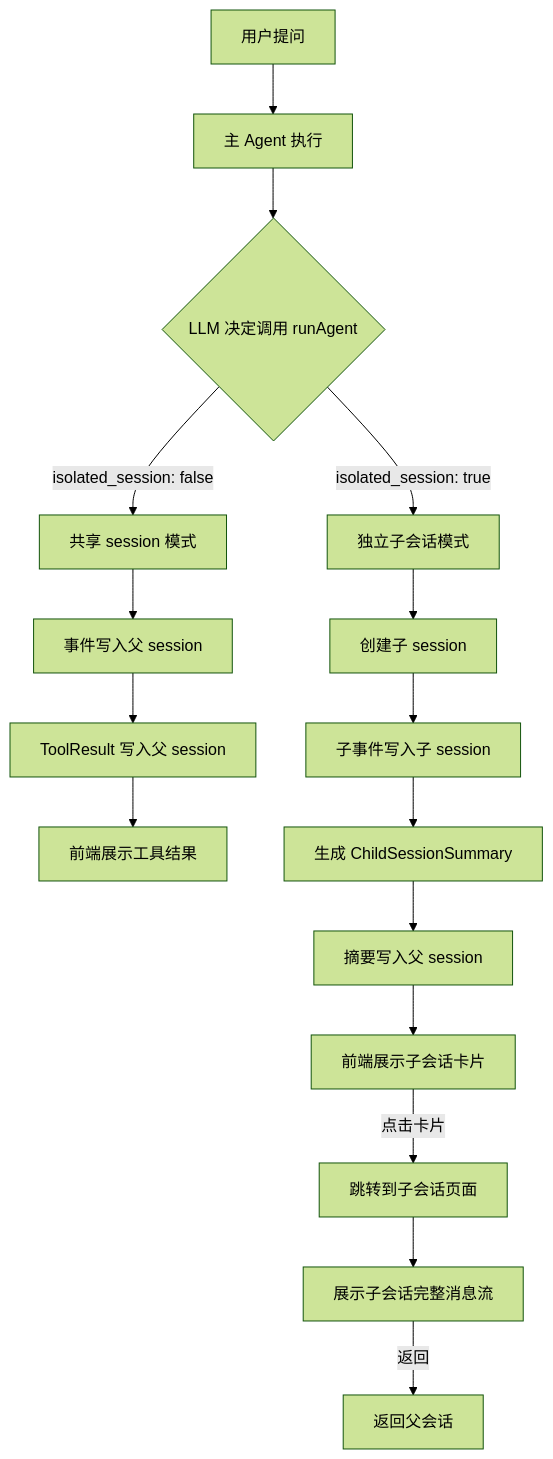
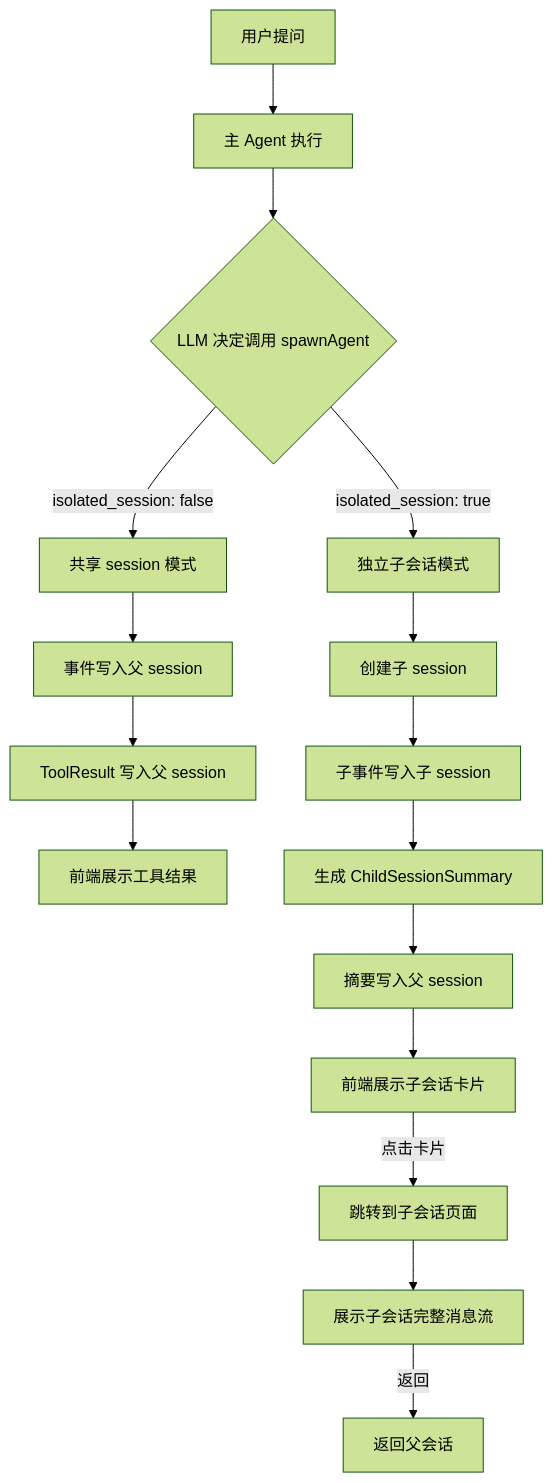
Before and after one commit to whatevertogo/Astrcode: the diagram in docs/plan/hybrid-sub-session-design.md, drawn with Mermaid (forest theme). The commit also changed other lines of this file and 43 other files, not shown here.

First line of the commit message:
✨ feat(subrun): 统一 spawnAgent 接口并注入动态子代理索引

````diff
--- a/docs/plan/hybrid-sub-session-design.md
+++ b/docs/plan/hybrid-sub-session-design.md
@@ -556,21 +566,21 @@
 ```mermaid
 graph TD
     User[用户提问] --> Agent[主 Agent 执行]
-    Agent --> LLM{LLM 决定调用 runAgent}
+    Agent --> LLM{LLM 决定调用 spawnAgent}
     LLM -->|isolated_session: false| Shared[共享 session 模式]
     LLM -->|isolated_session: true| Isolated[独立子会话模式]
     
     Shared --> Events1[事件写入父 session]
     Events1 --> Result1[ToolResult 写入父 session]
     Result1 --> UI1[前端展示工具结果]
     
     Isolated --> CreateSession[创建子 session]
     CreateSession --> ChildEvents[子事件写入子 session]
     ChildEvents --> Summary[生成 ChildSessionSummary]
     Summary --> WriteSummary[摘要写入父 session]
     WriteSummary --> UI2[前端展示子会话卡片]
     
     UI2 -->|点击卡片| Navigate[跳转到子会话页面]
     Navigate --> ChildView[展示子会话完整消息流]
     ChildView -->|返回| ParentView[返回父会话]
 ```
````
